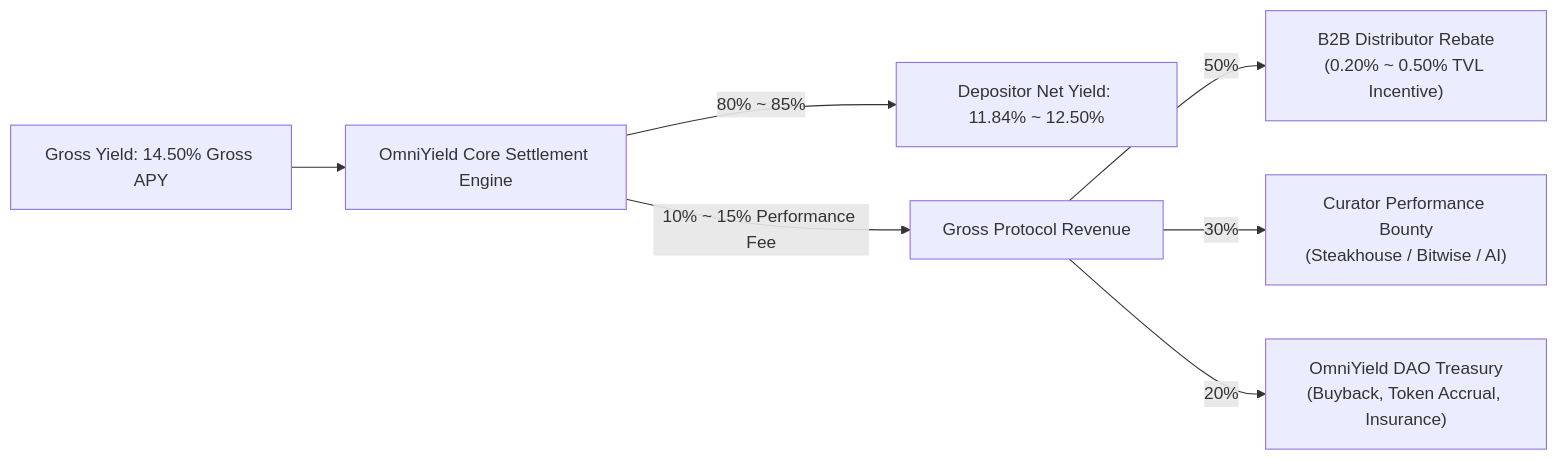
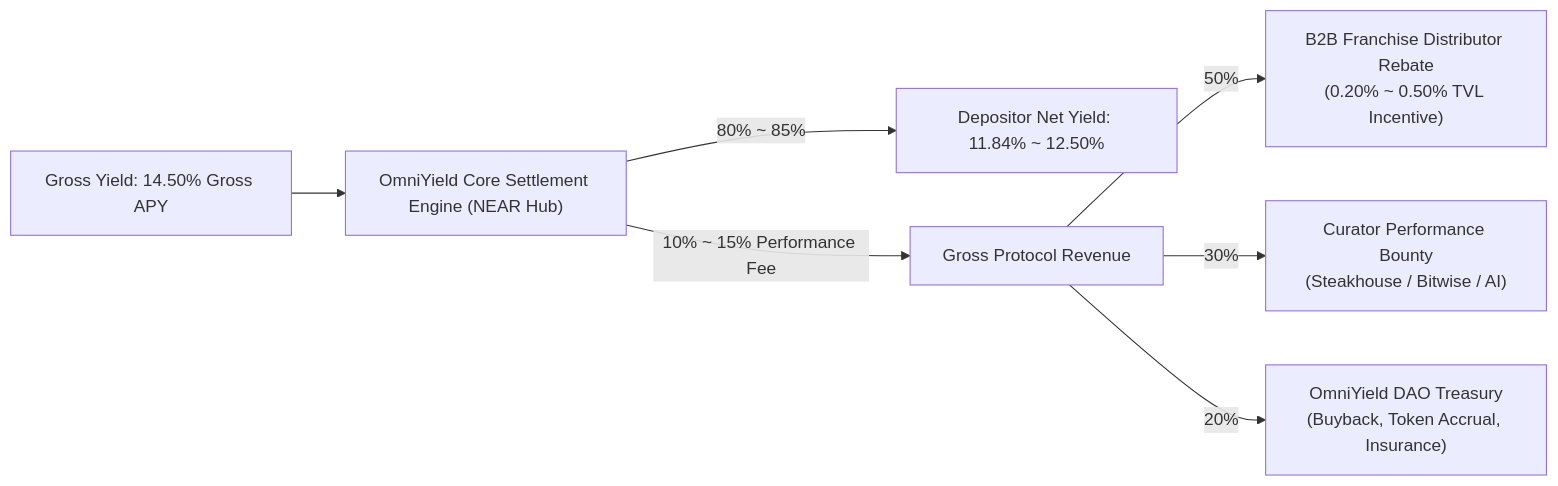
Before and after one commit to GOSUN-CAPITAL/omniyield-protocol: the third of 4 diagrams in docs/INSTITUTIONAL_PITCH_DECK.md, drawn with Mermaid. The commit also changed other lines of this file and 8 other files, not shown here.

Commit message:
docs: establish proprietary+B2B positioning, NEAR hub franchise topology, and remove external branding

````diff
--- a/docs/INSTITUTIONAL_PITCH_DECK.md
+++ b/docs/INSTITUTIONAL_PITCH_DECK.md
@@ -137,10 +142,10 @@
 ```mermaid
 flowchart LR
-    A["Gross Yield: 14.50% Gross APY"] --> B["OmniYield Core Settlement Engine"]
+    A["Gross Yield: 14.50% Gross APY"] --> B["OmniYield Core Settlement Engine (NEAR Hub)"]
     B -->|80% ~ 85%| C["Depositor Net Yield: 11.84% ~ 12.50%"]
     B -->|10% ~ 15% Performance Fee| D["Gross Protocol Revenue"]
     
-    D -->|50%| E["B2B Distributor Rebate<br/>(0.20% ~ 0.50% TVL Incentive)"]
+    D -->|50%| E["B2B Franchise Distributor Rebate<br/>(0.20% ~ 0.50% TVL Incentive)"]
     D -->|30%| F["Curator Performance Bounty<br/>(Steakhouse / Bitwise / AI)"]
     D -->|20%| G["OmniYield DAO Treasury<br/>(Buyback, Token Accrual, Insurance)"]
 ```
````
